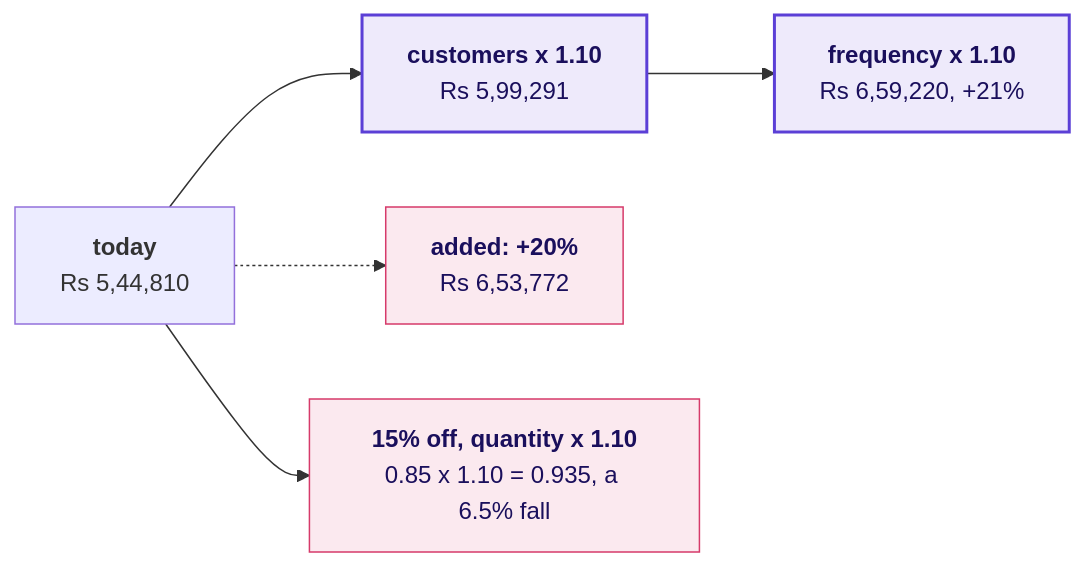
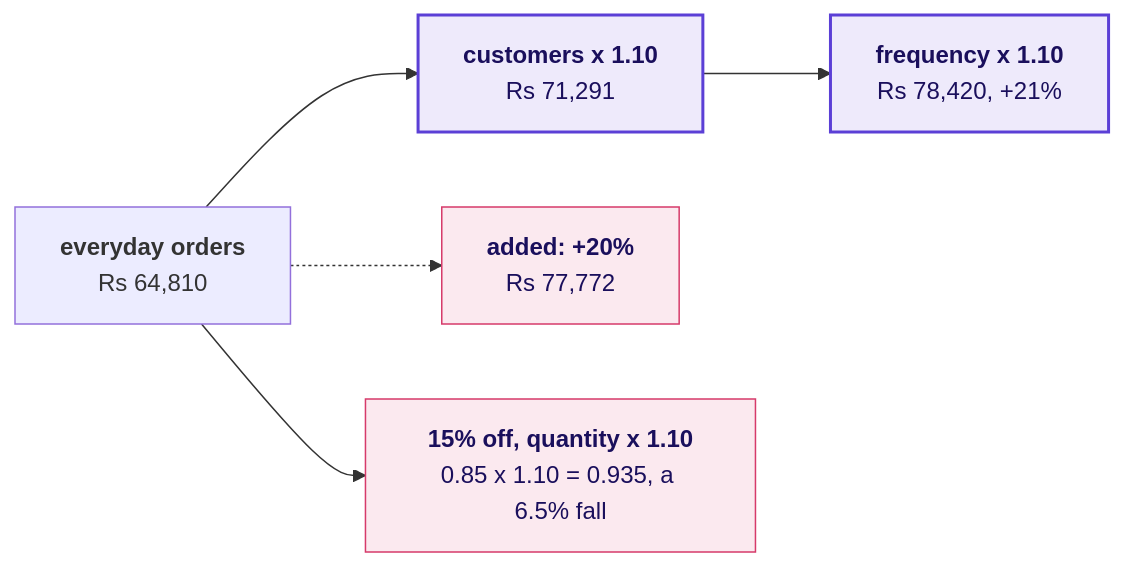
One commit to fde-academy-lab/c2-content-factory changed the sixth of 9 diagrams in content/W01/D1/whiteboards/C2_W01_D01_board_work_STUDENT.md. Above: the diagram before and after it, drawn with Mermaid. The commit also changed other lines of this file and 38 other files, not shown here.

````diff
--- a/content/W01/D1/whiteboards/C2_W01_D01_board_work_STUDENT.md
+++ b/content/W01/D1/whiteboards/C2_W01_D01_board_work_STUDENT.md
@@ -133,11 +133,11 @@
 ```mermaid
 flowchart LR
-    B["<b>today</b><br/>Rs 5,44,810"] --> C["<b>customers x 1.10</b><br/>Rs 5,99,291"]
-    C --> F["<b>frequency x 1.10</b><br/>Rs 6,59,220, +21%"]
-    B -.-> W["<b>added: +20%</b><br/>Rs 6,53,772"]
+    B["<b>everyday orders</b><br/>Rs 64,810"] --> C["<b>customers x 1.10</b><br/>Rs 71,291"]
+    C --> F["<b>frequency x 1.10</b><br/>Rs 78,420, +21%"]
+    B -.-> W["<b>added: +20%</b><br/>Rs 77,772"]
     B --> D["<b>15% off, quantity x 1.10</b><br/>0.85 x 1.10 = 0.935, a 6.5% fall"]
     classDef known fill:#EEEAFB,stroke:#5B3FD6,color:#1A0F5C,stroke-width:2px
     classDef bad fill:#FBE9EF,stroke:#D63A6A,color:#1A0F5C
     class C,F known
     class W,D bad
 ```
````
